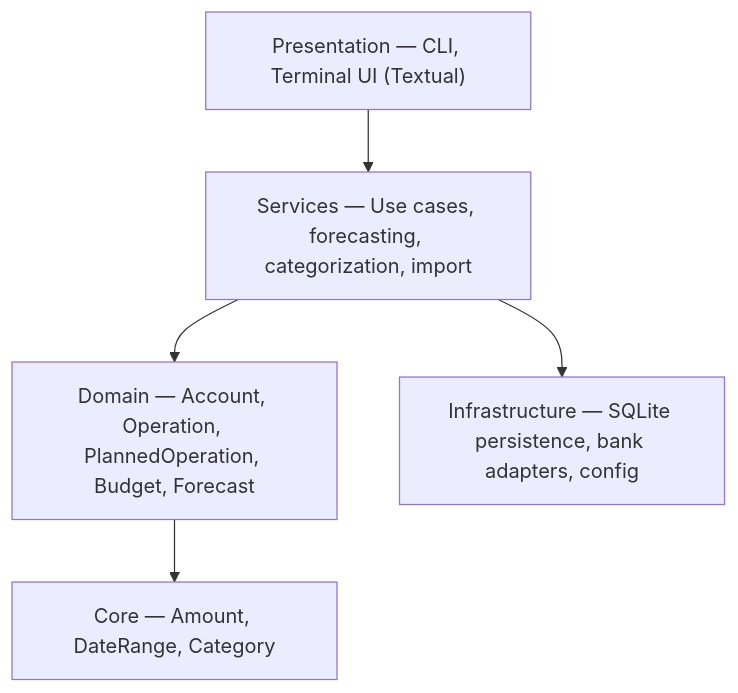
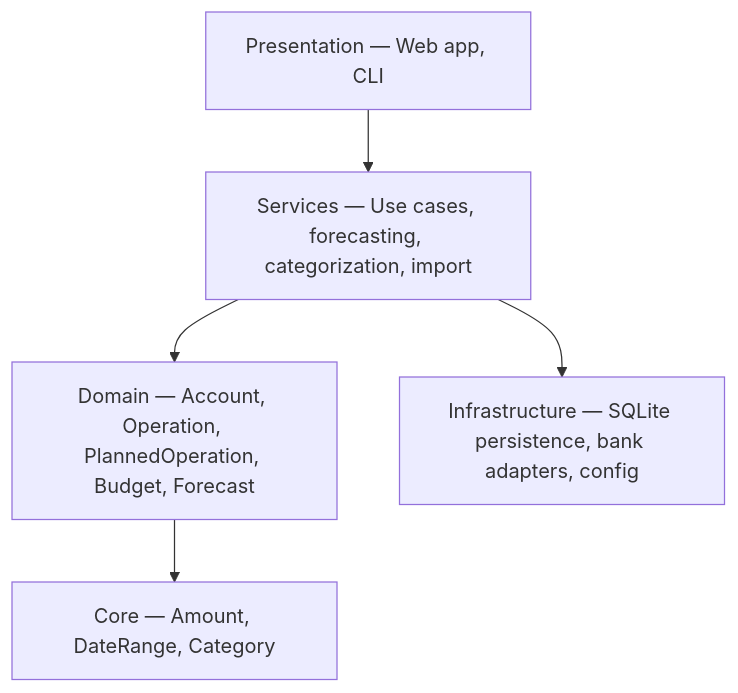
One commit to corentin-core/budget-forecaster changed the diagram in README.md. Above: the diagram before and after it, drawn with Mermaid. The commit also changed other lines of this file and 94 other files, not shown here.

First line of the commit message:
refactor: Retire the TUI in favor of the web app (#327)

````diff
--- a/README.md
+++ b/README.md
@@ -84,13 +68,13 @@
 ```mermaid
 graph TD
-    Presentation["Presentation — CLI, Terminal UI (Textual)"]
+    Presentation["Presentation — Web app, CLI"]
     Services["Services — Use cases, forecasting, categorization, import"]
     Domain["Domain — Account, Operation, PlannedOperation, Budget, Forecast"]
     Core["Core — Amount, DateRange, Category"]
     Infrastructure["Infrastructure — SQLite persistence, bank adapters, config"]
 
     Presentation --> Services
     Services --> Domain
     Domain --> Core
     Services --> Infrastructure
 ```
````
